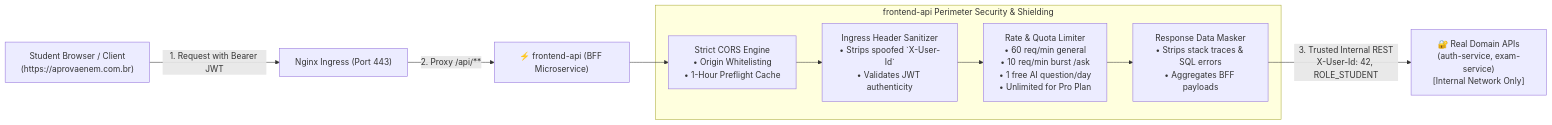
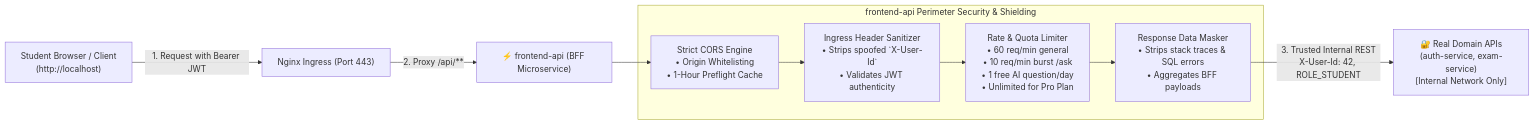
The third of 17 diagrams in docs/specifications/03-system-architecture.md (Veras-D/AprovaENEM), drawn with Mermaid before and after one commit. The commit also changed other lines of this file and 10 other files, not shown here.

Commit message:
chore(domain): purge all premature production domain references (https://aprovaenem.com.br)

````diff
--- a/docs/specifications/03-system-architecture.md
+++ b/docs/specifications/03-system-architecture.md
@@ -467,19 +467,19 @@
 ```mermaid
 flowchart LR
-    Browser["Student Browser / Client<br/>(https://aprovaenem.com.br)"] -->|1. Request with Bearer JWT| Nginx["Nginx Ingress (Port 443)"]
+    Browser["Student Browser / Client<br/>(http://localhost)"] -->|1. Request with Bearer JWT| Nginx["Nginx Ingress (Port 443)"]
     Nginx -->|2. Proxy /api/**| FrontendAPI["⚡ frontend-api (BFF Microservice)"]
 
     subgraph FrontendAPIResponsibilities ["frontend-api Perimeter Security & Shielding"]
         CORS["Strict CORS Engine<br/>• Origin Whitelisting<br/>• 1-Hour Preflight Cache"]
         Sanitizer["Ingress Header Sanitizer<br/>• Strips spoofed `X-User-Id`<br/>• Validates JWT authenticity"]
         RateLimiter["Rate & Quota Limiter<br/>• 60 req/min general<br/>• 10 req/min burst /ask<br/>• 1 free AI question/day<br/>• Unlimited for Pro Plan"]
         DataMasker["Response Data Masker<br/>• Strips stack traces & SQL errors<br/>• Aggregates BFF payloads"]
     end
 
     FrontendAPI --> CORS
     CORS --> Sanitizer
     Sanitizer --> RateLimiter
     RateLimiter --> DataMasker
 
     DataMasker -->|3. Trusted Internal REST<br/>X-User-Id: 42, ROLE_STUDENT| RealAPI["🔐 Real Domain APIs<br/>(auth-service, exam-service)<br/>[Internal Network Only]"]
 ```
````
